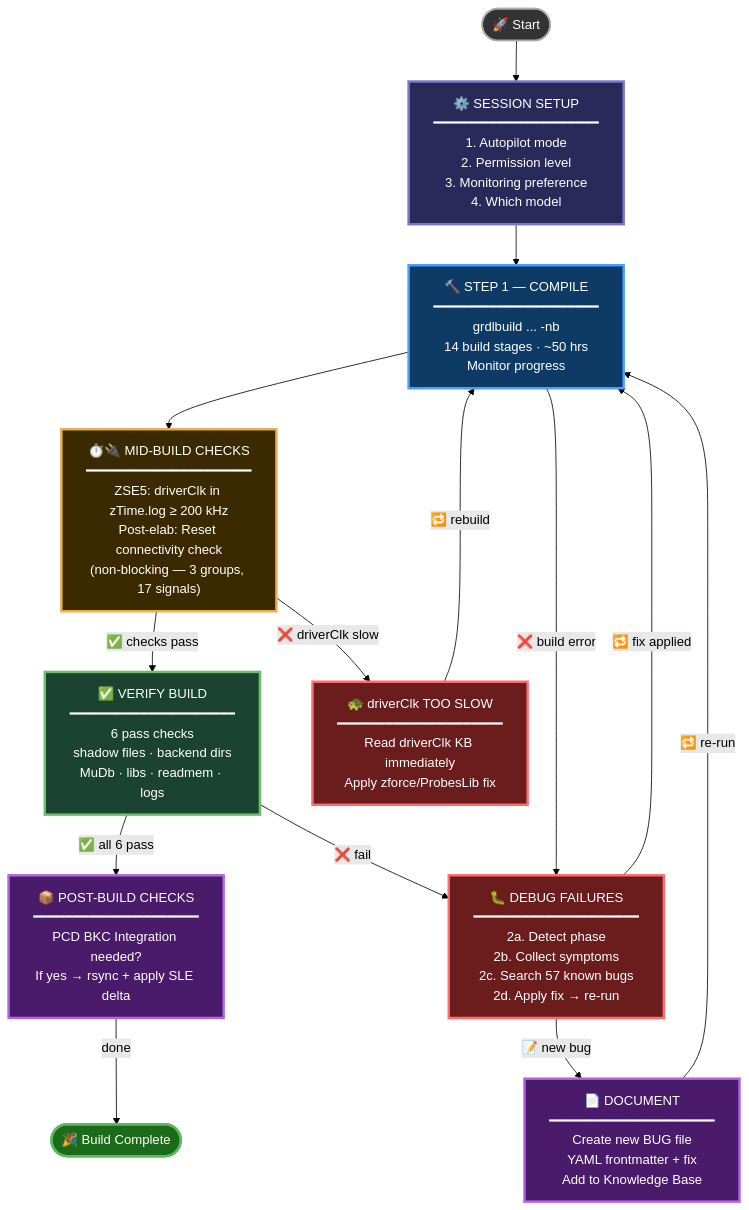
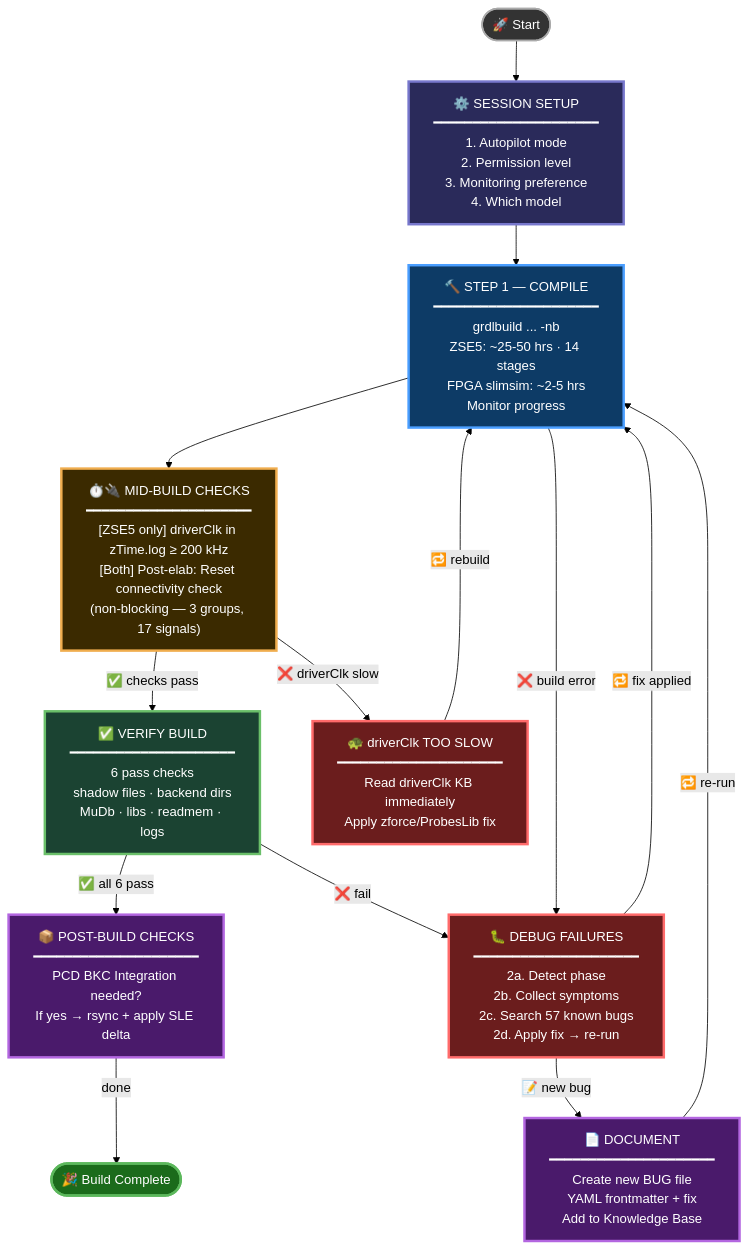
The first of 2 diagrams in README.md (hnguy11/emulation_agent_ttl_sle), drawn with Mermaid (forest theme) before and after one commit.

Commit message:
README: annotate mermaid COMPILE/MIDCHECK with ZSE5 vs FPGA build type labels

````diff
--- a/README.md
+++ b/README.md
@@ -101,46 +101,46 @@
 ```mermaid
 flowchart TD
     START([🚀 Start]) --> SETUP
 
     SETUP["⚙️ SESSION SETUP\n━━━━━━━━━━━━━━━━━━━━━\n1. Autopilot mode\n2. Permission level\n3. Monitoring preference\n4. Which model"]
     SETUP --> COMPILE
 
-    COMPILE["🔨 STEP 1 — COMPILE\n━━━━━━━━━━━━━━━━━━━━━\ngrdlbuild ... -nb\n14 build stages · ~50 hrs\nMonitor progress"]
+    COMPILE["🔨 STEP 1 — COMPILE\n━━━━━━━━━━━━━━━━━━━━━\ngrdlbuild ... -nb\nZSE5: ~25-50 hrs · 14 stages\nFPGA slimsim: ~2-5 hrs\nMonitor progress"]
     COMPILE --> MIDCHECK
 
-    MIDCHECK["⏱️🔌 MID-BUILD CHECKS\n━━━━━━━━━━━━━━━━━━━━━\nZSE5: driverClk in zTime.log ≥ 200 kHz\nPost-elab: Reset connectivity check\n(non-blocking — 3 groups, 17 signals)"]
+    MIDCHECK["⏱️🔌 MID-BUILD CHECKS\n━━━━━━━━━━━━━━━━━━━━━\n[ZSE5 only] driverClk in zTime.log ≥ 200 kHz\n[Both] Post-elab: Reset connectivity check\n(non-blocking — 3 groups, 17 signals)"]
     MIDCHECK -->|"✅ checks pass"| VERIFY
     MIDCHECK -->|"❌ driverClk slow"| DRIVFIX
 
     DRIVFIX["🐢 driverClk TOO SLOW\n━━━━━━━━━━━━━━━━━━━━━\nRead driverClk KB immediately\nApply zforce/ProbesLib fix"]
     DRIVFIX -->|"🔁 rebuild"| COMPILE
 
     VERIFY["✅ VERIFY BUILD\n━━━━━━━━━━━━━━━━━━━━━\n6 pass checks\nshadow files · backend dirs\nMuDb · libs · readmem · logs"]
     VERIFY -->|"✅ all 6 pass"| POSTBUILD
     VERIFY -->|"❌ fail"| DEBUG
 
     COMPILE -->|"❌ build error"| DEBUG
 
     DEBUG["🐛 DEBUG FAILURES\n━━━━━━━━━━━━━━━━━━━━━\n2a. Detect phase\n2b. Collect symptoms\n2c. Search 57 known bugs\n2d. Apply fix → re-run"]
     DEBUG -->|"🔁 fix applied"| COMPILE
     DEBUG -->|"📝 new bug"| DOCUMENT
 
     DOCUMENT["📄 DOCUMENT\n━━━━━━━━━━━━━━━━━━━━━\nCreate new BUG file\nYAML frontmatter + fix\nAdd to Knowledge Base"]
     DOCUMENT -->|"🔁 re-run"| COMPILE
 
     POSTBUILD["📦 POST-BUILD CHECKS\n━━━━━━━━━━━━━━━━━━━━━\nPCD BKC Integration needed?\nIf yes → rsync + apply SLE delta"]
     POSTBUILD -->|"done"| DONE
 
     DONE([🎉 Build Complete])
 
     style START fill:#333,stroke:#aaa,stroke-width:2px,color:#fff
     style SETUP fill:#2a2a5a,stroke:#7777cc,stroke-width:3px,color:#fff
     style COMPILE fill:#0d3b66,stroke:#4a9eff,stroke-width:3px,color:#fff
     style MIDCHECK fill:#3b2a00,stroke:#f0ad4e,stroke-width:3px,color:#fff
     style DRIVFIX fill:#6b1d1d,stroke:#ff6b6b,stroke-width:3px,color:#fff
     style VERIFY fill:#1b4332,stroke:#6abf69,stroke-width:3px,color:#fff
     style DEBUG fill:#6b1d1d,stroke:#ff6b6b,stroke-width:3px,color:#fff
     style DOCUMENT fill:#4a1a6b,stroke:#b366e0,stroke-width:3px,color:#fff
     style POSTBUILD fill:#4a1a6b,stroke:#b366e0,stroke-width:3px,color:#fff
     style DONE fill:#1b6b1b,stroke:#5cb85c,stroke-width:3px,color:#fff
 ```
````
